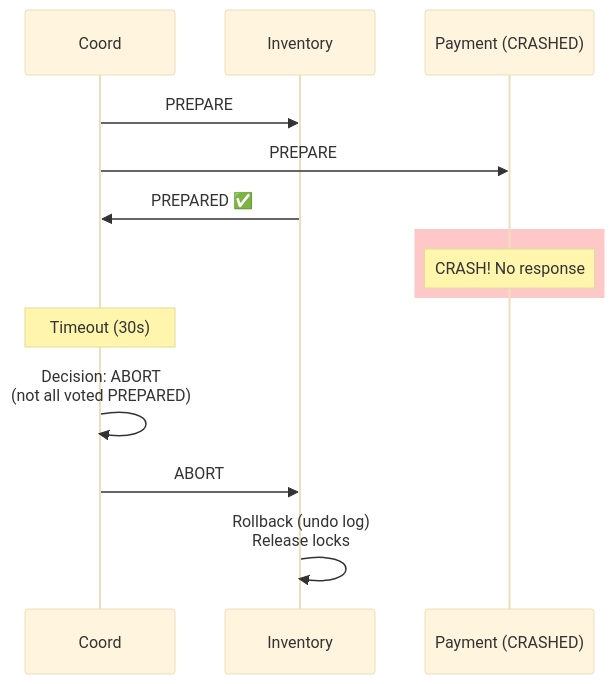
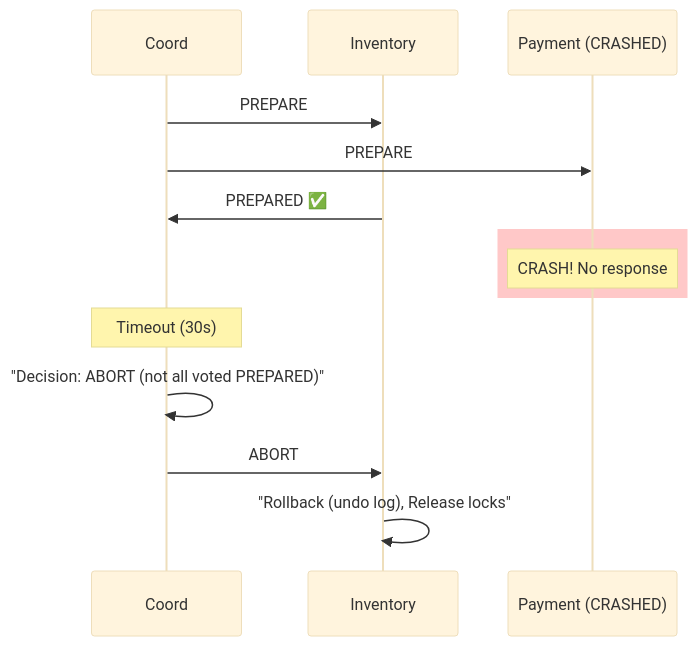
Before and after one commit to Anmol33/SystemDesign: the eighth of 10 diagrams in Coordination/05_Two_Phase_Commit.md, drawn with Mermaid (base theme). The commit also changed other lines of this file and 6 other files, not shown here.

First line of the commit message:
docs: fix Mermaid diagram syntax in coordination documents

````diff
--- a/Coordination/05_Two_Phase_Commit.md
+++ b/Coordination/05_Two_Phase_Commit.md
@@ -437,23 +437,23 @@
 ```mermaid
 sequenceDiagram
     participant Coord
     participant Inv as Inventory
     participant Pay as Payment (CRASHED)
     
     Coord->>Inv: PREPARE
     Coord->>Pay: PREPARE
     
     Inv->>Coord: PREPARED ✅
     
     rect rgb(255, 200, 200)
         Note over Pay: CRASH! No response
     end
     
     Note over Coord: Timeout (30s)
     
-    Coord->>Coord: Decision: ABORT<br/>(not all voted PREPARED)
+    Coord->>Coord: "Decision: ABORT (not all voted PREPARED)"
     
     Coord->>Inv: ABORT
     
-    Inv->>Inv: Rollback (undo log)<br/>Release locks
+    Inv->>Inv: "Rollback (undo log), Release locks"
 ```
````
